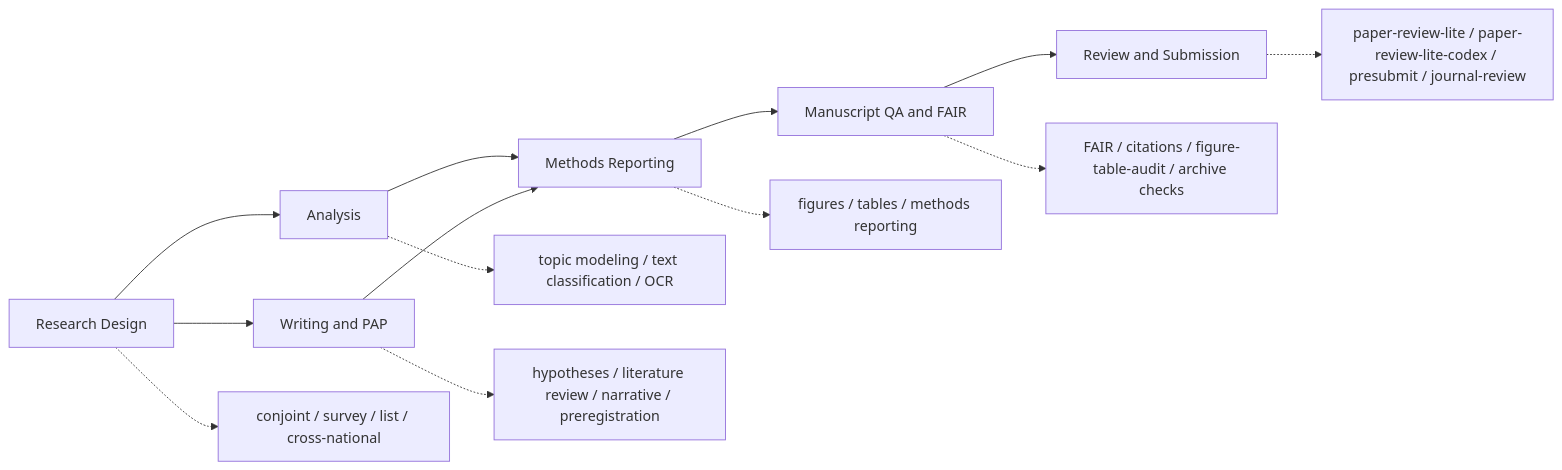
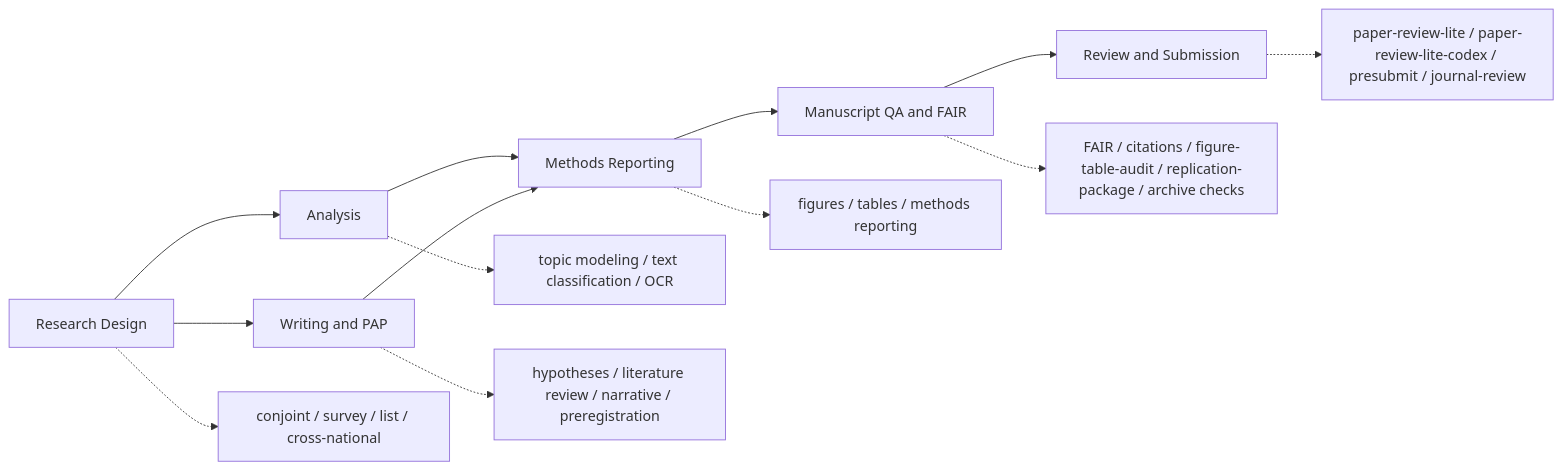
The diagram in README.md (scdenney/open-science-skills), drawn with Mermaid before and after one commit. The commit also changed other lines of this file and 3 other files, not shown here.

First line of the commit message:
v2.2.0 — Add replication-package skill (FAIR + Horiuchi conventions)

````diff
--- a/README.md
+++ b/README.md
@@ -27,16 +27,16 @@
 ```mermaid
 flowchart LR
     A[Research Design] --> B[Analysis]
     A --> C[Writing and PAP]
     B --> D[Methods Reporting]
     C --> D
     D --> E[Manuscript QA and FAIR]
     E --> F[Review and Submission]
 
     A -.-> A1[conjoint / survey / list / cross-national]
     B -.-> B1[topic modeling / text classification / OCR]
     C -.-> C1[hypotheses / literature review / narrative / preregistration]
     D -.-> D1[figures / tables / methods reporting]
-    E -.-> E1[FAIR / citations / figure-table-audit / archive checks]
+    E -.-> E1[FAIR / citations / figure-table-audit / replication-package / archive checks]
     F -.-> F1[paper-review-lite / paper-review-lite-codex / presubmit / journal-review]
 ```
````
